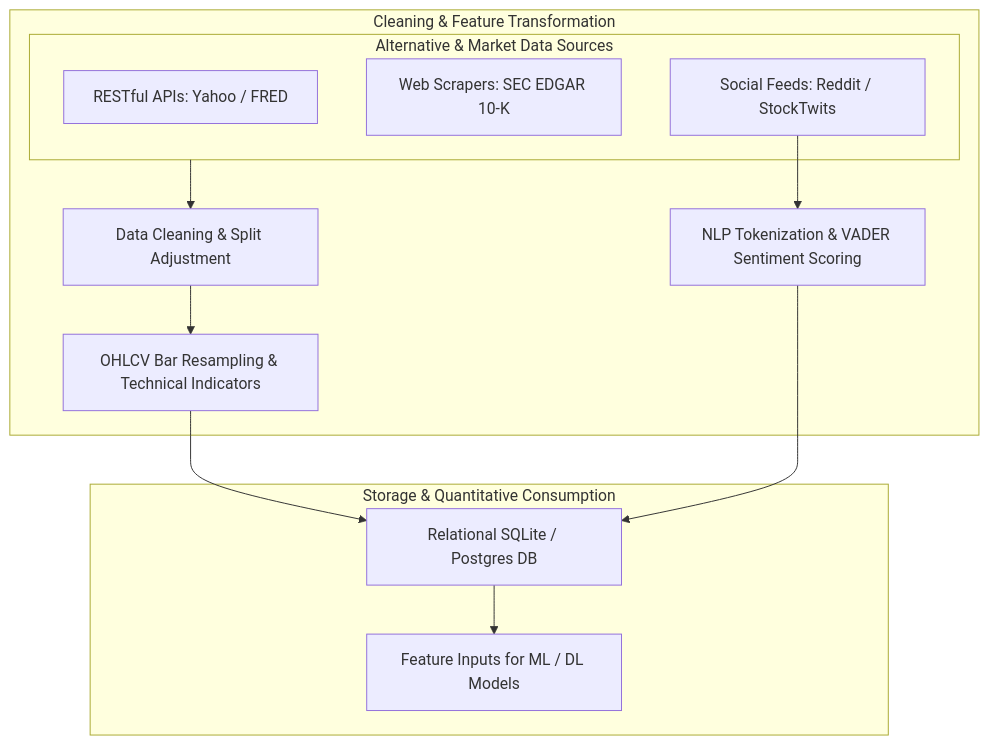
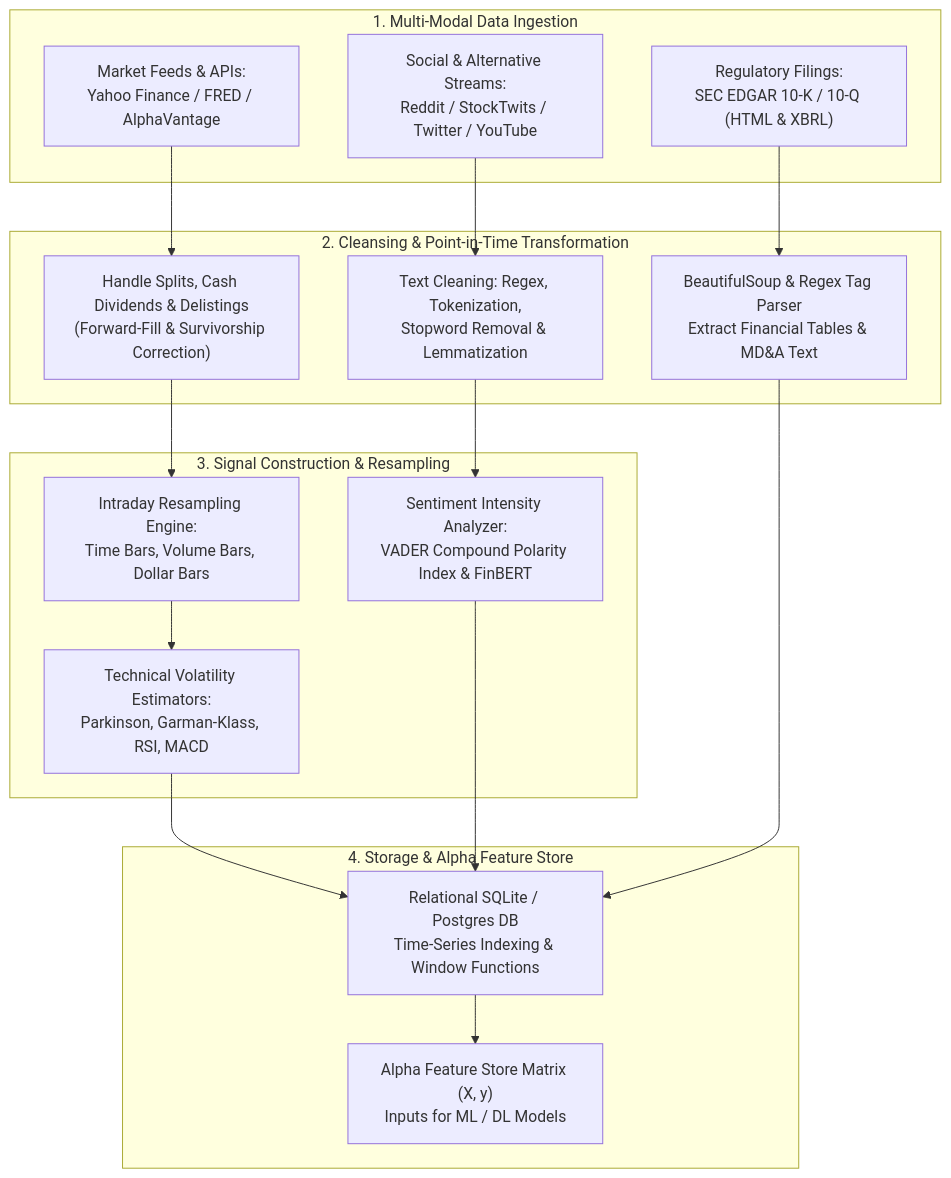
Before and after one commit to eggieinquant/wqu: the first of 4 diagrams in 02_financial_data/README.md, drawn with Mermaid. The commit also changed other lines of this file and 6 other files, not shown here.

Commit message:
docs: overhaul and standardize READMEs across all MScFE modules (01-08) with Mermaid architectures, LaTeX formulas, and complete lesson mappings

````diff
--- a/02_financial_data/README.md
+++ b/02_financial_data/README.md
@@ -19,20 +19,25 @@
 ```mermaid
 flowchart TD
-    subgraph Data_Sources ["Alternative & Market Data Sources"]
-        API["RESTful APIs: Yahoo / FRED"]
-        Scraper["Web Scrapers: SEC EDGAR 10-K"]
-        Social["Social Feeds: Reddit / StockTwits"]
+    subgraph Raw_Ingestion ["1. Multi-Modal Data Ingestion"]
+        MarketAPI["Market Feeds & APIs:<br/>Yahoo Finance / FRED / AlphaVantage"]
+        SEC["Regulatory Filings:<br/>SEC EDGAR 10-K / 10-Q (HTML & XBRL)"]
+        SocialStreams["Social & Alternative Streams:<br/>Reddit / StockTwits / Twitter / YouTube"]
     end
-    
-    subgraph Data_Pipeline ["Cleaning & Feature Transformation"]
-        Data_Sources --> Clean["Data Cleaning & Split Adjustment"]
-        Clean --> Resample["OHLCV Bar Resampling & Technical Indicators"]
-        Social --> NLP["NLP Tokenization & VADER Sentiment Scoring"]
+
+    subgraph Data_Cleansing ["2. Cleansing & Point-in-Time Transformation"]
+        MarketAPI --> CleanMkt["Handle Splits, Cash Dividends & Delistings<br/>(Forward-Fill & Survivorship Correction)"]
+        SEC --> Scraper["BeautifulSoup & Regex Tag Parser<br/>Extract Financial Tables & MD&A Text"]
+        SocialStreams --> NLP_Clean["Text Cleaning: Regex, Tokenization,<br/>Stopword Removal & Lemmatization"]
     end
-    
-    subgraph Warehousing ["Storage & Quantitative Consumption"]
-        Resample --> SQL["Relational SQLite / Postgres DB"]
-        NLP --> SQL
-        SQL --> ML["Feature Inputs for ML / DL Models"]
+
+    subgraph Feature_Engineering ["3. Signal Construction & Resampling"]
+        CleanMkt --> Resampler["Intraday Resampling Engine:<br/>Time Bars, Volume Bars, Dollar Bars"]
+        Resampler --> TechInd["Technical Volatility Estimators:<br/>Parkinson, Garman-Klass, RSI, MACD"]
+        NLP_Clean --> VADER["Sentiment Intensity Analyzer:<br/>VADER Compound Polarity Index & FinBERT"]
+    end
+
+    subgraph Storage_Serving ["4. Storage & Alpha Feature Store"]
+        TechInd & VADER & Scraper --> SQL_DB["Relational SQLite / Postgres DB<br/>Time-Series Indexing & Window Functions"]
+        SQL_DB --> ML_Ready["Alpha Feature Store Matrix (X, y)<br/>Inputs for ML / DL Models"]
     end
 ```
````
